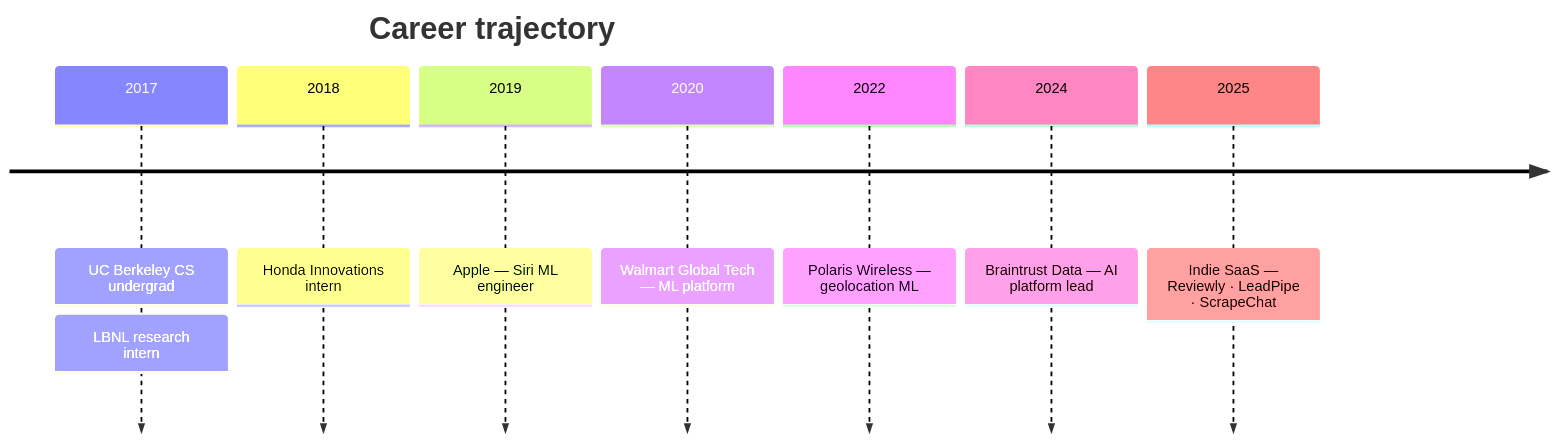
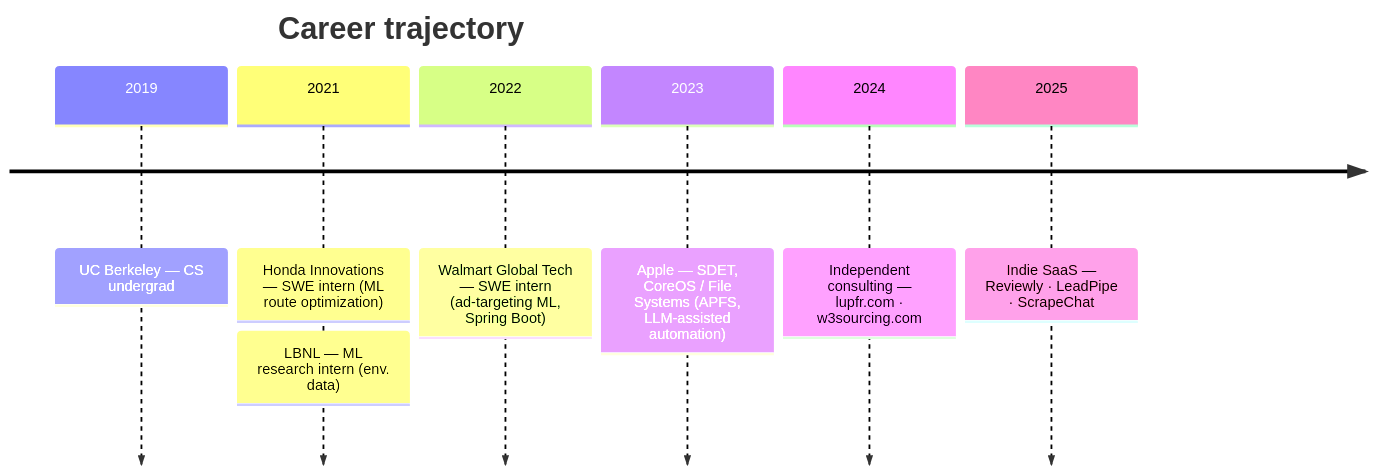
One commit to ml-lubich/ml-lubich changed the second of 5 diagrams in README.md. Above: the diagram before and after it, drawn with Mermaid. The commit also changed other lines of this file, not shown here.

Commit message:
fix(readme): correct career timeline dates and remove Polaris
Align the career timeline with the actual resume:
- Berkeley CS 2019-2023
- Honda Innovations + LBNL internships in 2021
- Walmart SWE intern in 2022
- Apple SDET (CoreOS / File Systems) starting 2023
- Independent consulting (lupfr.com, w3sourcing.com) post-Apple

Also fixes a mojibake glyph in the section header.

````diff
--- a/README.md
+++ b/README.md
@@ -90,12 +90,11 @@
 ```mermaid
 timeline
     title Career trajectory
-    2017 : UC Berkeley CS undergrad
-         : LBNL research intern
-    2018 : Honda Innovations intern
-    2019 : Apple — Siri ML engineer
-    2020 : Walmart Global Tech — ML platform
-    2022 : Polaris Wireless — geolocation ML
-    2024 : Braintrust Data — AI platform lead
+    2019 : UC Berkeley — CS undergrad
+    2021 : Honda Innovations — SWE intern (ML route optimization)
+         : LBNL — ML research intern (env. data)
+    2022 : Walmart Global Tech — SWE intern (ad-targeting ML, Spring Boot)
+    2023 : Apple — SDET, CoreOS / File Systems (APFS, LLM-assisted automation)
+    2024 : Independent consulting — lupfr.com · w3sourcing.com
     2025 : Indie SaaS — Reviewly · LeadPipe · ScrapeChat
 ```
````
